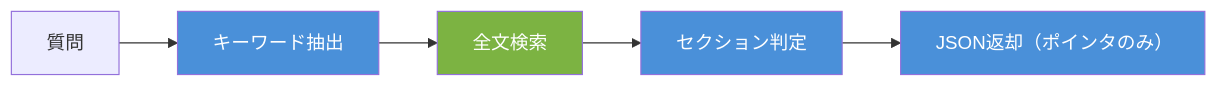
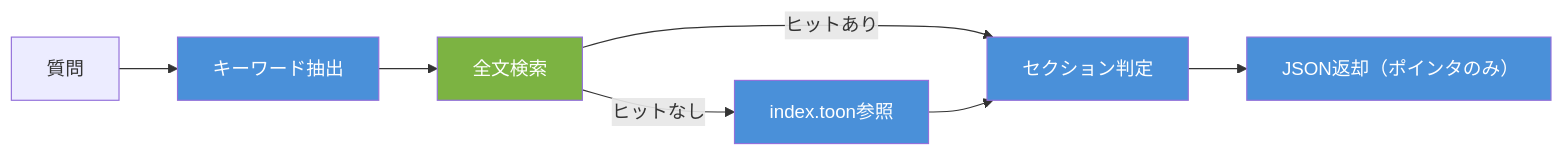
The first of 2 diagrams in docs/articles/01-get-ai-ready-on-nablarch.md (nablarch/nabledge-dev), drawn with Mermaid before and after one commit. The commit also changed other lines of this file and 1 other file, not shown here.

````diff
--- a/docs/articles/01-get-ai-ready-on-nablarch.md
+++ b/docs/articles/01-get-ai-ready-on-nablarch.md
@@ -66,12 +68,15 @@
 ```mermaid
 flowchart LR
     Q[質問] --> A[キーワード抽出]
     A --> B[全文検索]
-    B --> C[セクション判定]
+    B -->|ヒットあり| C[セクション判定]
+    B -->|ヒットなし| F[index.toon参照]
+    F --> C
     C --> D["JSON返却（ポインタのみ）"]
 
     style A fill:#4a90d9,color:#fff
     style B fill:#7cb342,color:#fff
     style C fill:#4a90d9,color:#fff
     style D fill:#4a90d9,color:#fff
+    style F fill:#4a90d9,color:#fff
 ```
````
